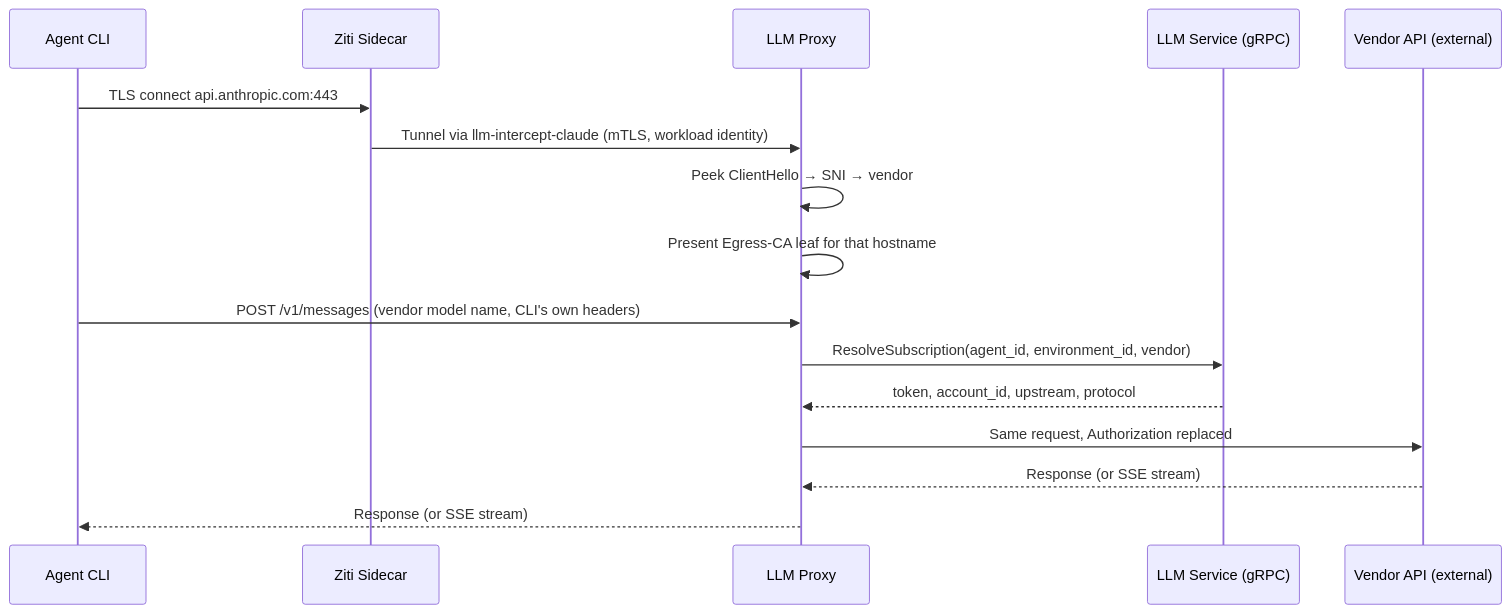
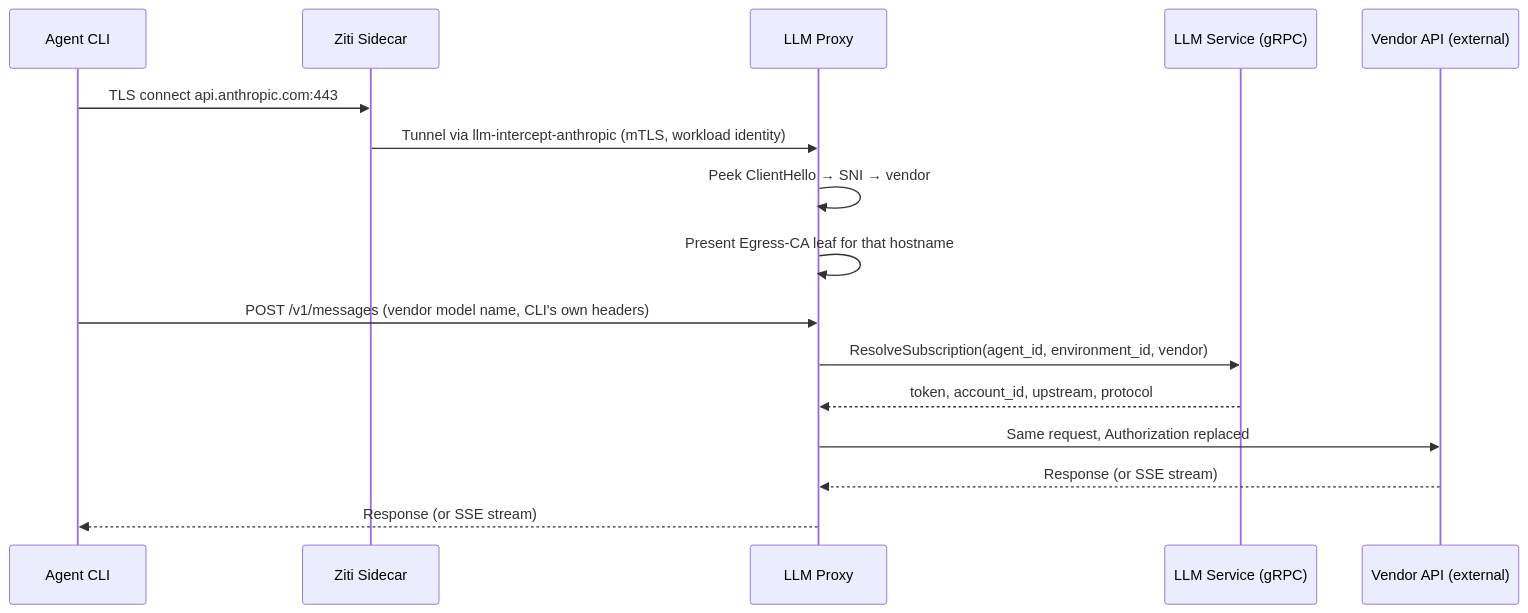
Before and after one commit to agynio/architecture: the first of 2 diagrams in architecture/llm-proxy.md, drawn with Mermaid. The commit also changed other lines of this file and 10 other files, not shown here.

````diff
--- a/architecture/llm-proxy.md
+++ b/architecture/llm-proxy.md
@@ -159,19 +159,19 @@
 ```mermaid
 sequenceDiagram
     participant C as Agent CLI
     participant Z as Ziti Sidecar
     participant P as LLM Proxy
     participant L as LLM Service (gRPC)
     participant V as Vendor API (external)
 
     C->>Z: TLS connect api.anthropic.com:443
-    Z->>P: Tunnel via llm-intercept-claude (mTLS, workload identity)
+    Z->>P: Tunnel via llm-intercept-anthropic (mTLS, workload identity)
     P->>P: Peek ClientHello → SNI → vendor
     P->>P: Present Egress-CA leaf for that hostname
     C->>P: POST /v1/messages (vendor model name, CLI's own headers)
     P->>L: ResolveSubscription(agent_id, environment_id, vendor)
     L-->>P: token, account_id, upstream, protocol
     P->>V: Same request, Authorization replaced
     V-->>P: Response (or SSE stream)
     P-->>C: Response (or SSE stream)
 ```
````
